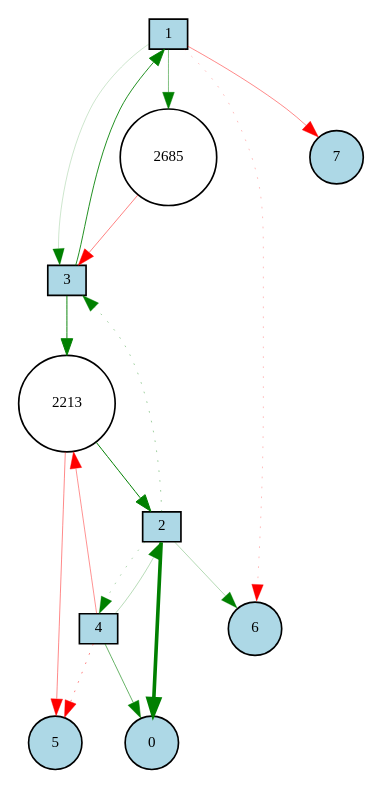
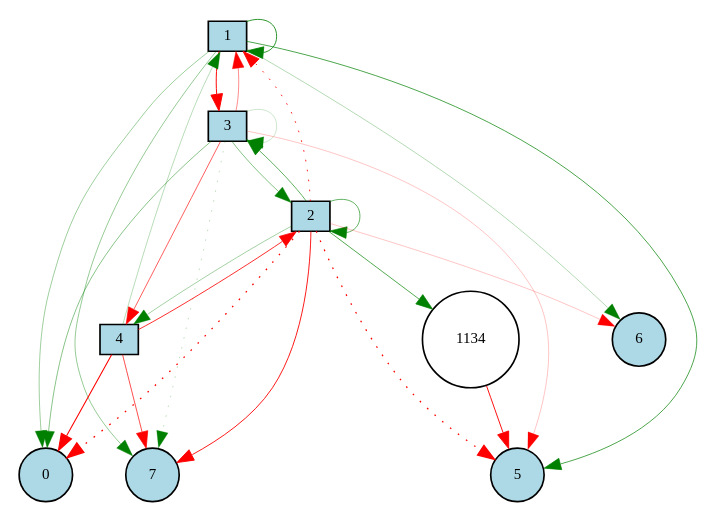
Before and after one commit to katomasahiro10/cyclic_task: the diagram in out/Digraph.gv, drawn with Graphviz. The commit also changed 205 other files, not shown here.

```diff
--- a/out/Digraph.gv
+++ b/out/Digraph.gv
@@ -1,34 +1,43 @@
 digraph {
 	node [fontsize=9 height=0.2 shape=circle width=0.2]
 	1 [fillcolor=lightgray shape=box style=filled]
 	2 [fillcolor=lightgray shape=box style=filled]
 	3 [fillcolor=lightgray shape=box style=filled]
 	4 [fillcolor=lightgray shape=box style=filled]
 	0 [fillcolor=lightblue style=filled]
 	1 [fillcolor=lightblue style=filled]
 	2 [fillcolor=lightblue style=filled]
 	3 [fillcolor=lightblue style=filled]
 	4 [fillcolor=lightblue style=filled]
 	5 [fillcolor=lightblue style=filled]
 	6 [fillcolor=lightblue style=filled]
 	7 [fillcolor=lightblue style=filled]
-	2213 [fillcolor=white style=filled]
-	2685 [fillcolor=white style=filled]
-	4 -> 5 [color=red penwidth=0.29635890221789574 style=dotted]
-	1 -> 3 [color=green penwidth=0.12469681719814688 style=solid]
-	1 -> 6 [color=red penwidth=0.16030187668236995 style=dotted]
-	2 -> 0 [color=green penwidth=2.1831452538206255 style=solid]
-	4 -> 2 [color=green penwidth=0.17331402213420033 style=solid]
-	2 -> 3 [color=green penwidth=0.22753756714595263 style=dotted]
-	2213 -> 2 [color=green penwidth=0.5960449833882098 style=solid]
-	2685 -> 3 [color=red penwidth=0.2978548890128788 style=solid]
-	1 -> 2685 [color=green penwidth=0.3045666088965364 style=solid]
-	3 -> 1 [color=green penwidth=0.520926532002552 style=solid]
-	2 -> 6 [color=green penwidth=0.18363859164237828 style=solid]
-	4 -> 0 [color=green penwidth=0.36263814908479153 style=solid]
-	2 -> 4 [color=green penwidth=0.1851364011956798 style=dotted]
-	4 -> 2213 [color=red penwidth=0.2638132534293801 style=solid]
-	3 -> 2213 [color=green penwidth=0.5701325967381491 style=solid]
-	1 -> 7 [color=red penwidth=0.280706706012815 style=solid]
-	2213 -> 5 [color=red penwidth=0.28480821518625327 style=solid]
+	1134 [fillcolor=white style=filled]
+	2 -> 0 [color=red penwidth=0.7931275308892447 style=dotted]
+	1134 -> 5 [color=red penwidth=0.5603521720367137 style=solid]
+	2 -> 1134 [color=green penwidth=0.4057835828293761 style=solid]
+	2 -> 2 [color=green penwidth=0.3686387357475298 style=solid]
+	2 -> 1 [color=red penwidth=0.5200247869162912 style=dotted]
+	4 -> 2 [color=red penwidth=0.4886492541091435 style=solid]
+	4 -> 7 [color=red penwidth=0.4162117313362793 style=solid]
+	3 -> 0 [color=green penwidth=0.28218614642669115 style=solid]
+	2 -> 5 [color=red penwidth=0.7692434065369703 style=dotted]
+	3 -> 3 [color=green penwidth=0.11709820529223863 style=solid]
+	1 -> 7 [color=green penwidth=0.24556335856674646 style=solid]
+	3 -> 5 [color=red penwidth=0.13757021916473902 style=solid]
+	1 -> 0 [color=green penwidth=0.22960207073170907 style=solid]
+	1 -> 1 [color=green penwidth=0.5041777543222156 style=solid]
+	3 -> 7 [color=green penwidth=0.1514203305680455 style=dotted]
+	1 -> 5 [color=green penwidth=0.4154838846025253 style=solid]
+	3 -> 1 [color=red penwidth=0.27209966247317896 style=solid]
+	2 -> 3 [color=green penwidth=0.3688215790622654 style=solid]
+	2 -> 7 [color=red penwidth=0.544642546378918 style=solid]
+	4 -> 0 [color=red penwidth=0.6434666232061482 style=solid]
+	1 -> 3 [color=red penwidth=0.5832340268500452 style=solid]
+	3 -> 2 [color=green penwidth=0.2869864244276512 style=solid]
+	2 -> 4 [color=green penwidth=0.21573080399869574 style=solid]
+	4 -> 1 [color=green penwidth=0.17006563744090242 style=solid]
+	3 -> 4 [color=red penwidth=0.3787521421484328 style=solid]
+	2 -> 6 [color=red penwidth=0.13939839465532158 style=solid]
+	1 -> 6 [color=green penwidth=0.17732788654160733 style=solid]
 }
```
